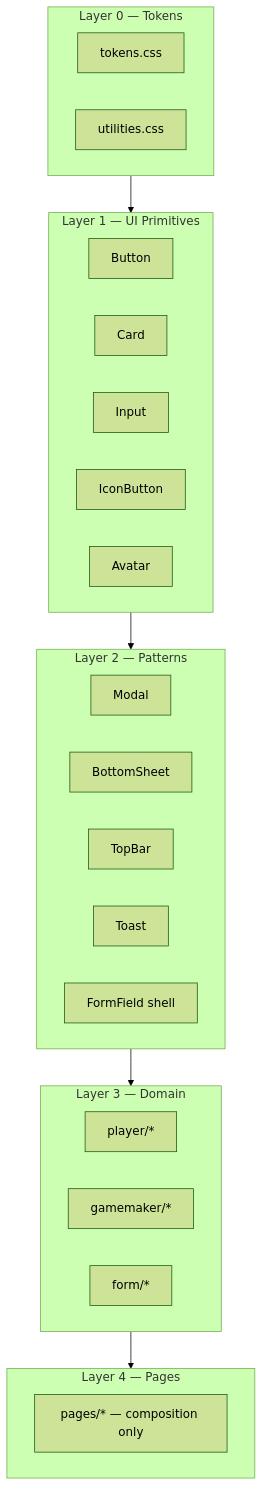
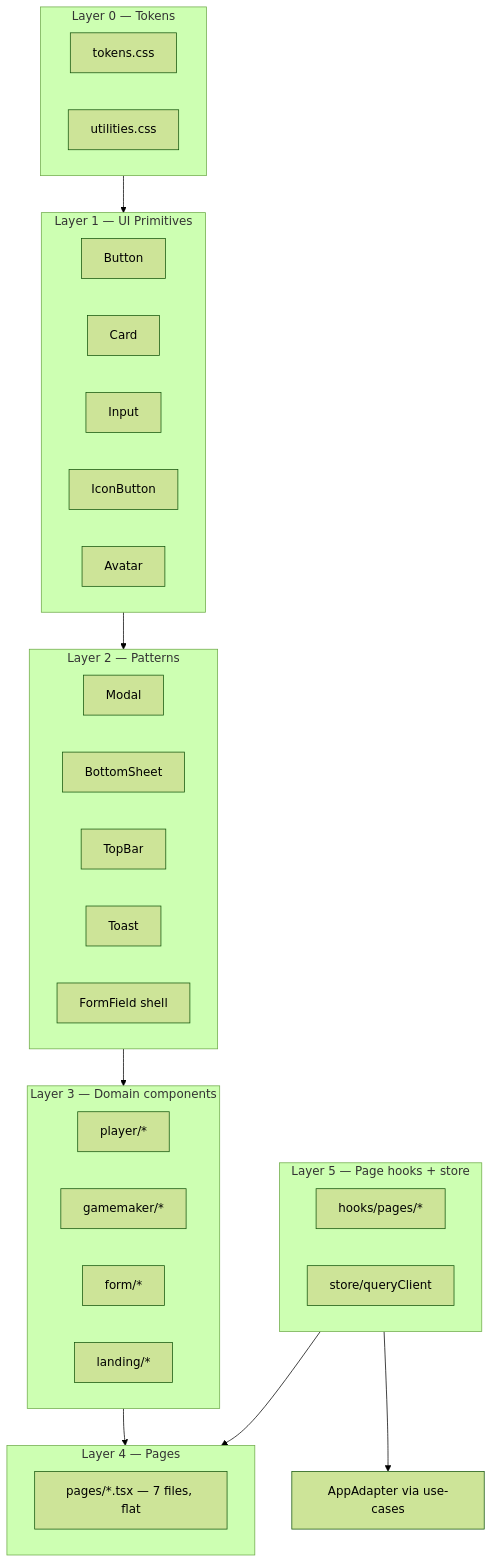
The first of 2 diagrams in design/component-architecture.md (hoonsubin/messe-buddy-app), drawn with Mermaid (forest theme) before and after one commit. The commit also changed other lines of this file and 156 other files, not shown here.

````diff
--- a/design/component-architecture.md
+++ b/design/component-architecture.md
@@ -18,38 +21,46 @@
 ```mermaid
 flowchart TB
   subgraph L0 [Layer 0 — Tokens]
     TC[tokens.css]
     TU[utilities.css]
   end
 
   subgraph L1 [Layer 1 — UI Primitives]
     Btn[Button]
     Card[Card]
     Input[Input]
     IconBtn[IconButton]
     Avatar[Avatar]
   end
 
   subgraph L2 [Layer 2 — Patterns]
     Modal[Modal]
     Sheet[BottomSheet]
     TopBar[TopBar]
     Toast[Toast]
     FormField[FormField shell]
   end
 
-  subgraph L3 [Layer 3 — Domain]
+  subgraph L3 [Layer 3 — Domain components]
     Player[player/*]
     Gm[gamemaker/*]
     Form[form/*]
+    Landing[landing/*]
   end
 
   subgraph L4 [Layer 4 — Pages]
-    Pages[pages/* — composition only]
+    Pages["pages/*.tsx — 7 files, flat"]
+  end
+
+  subgraph L5 [Layer 5 — Page hooks + store]
+    PH[hooks/pages/*]
+    ST[store/queryClient]
   end
 
   L0 --> L1
   L1 --> L2
   L2 --> L3
   L3 --> L4
+  L5 --> L4
+  L5 --> Adapter[AppAdapter via use-cases]
 ```
````
